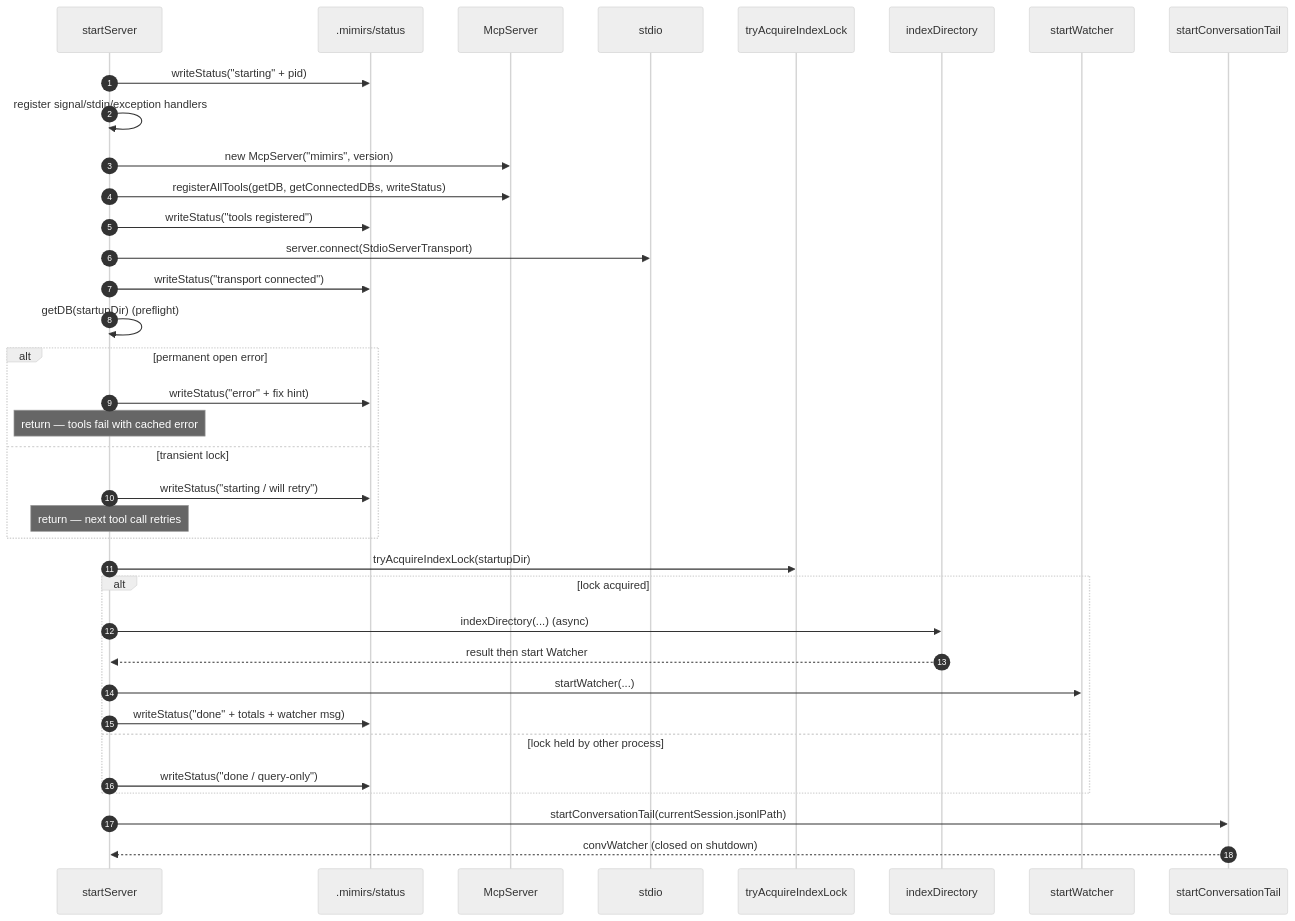
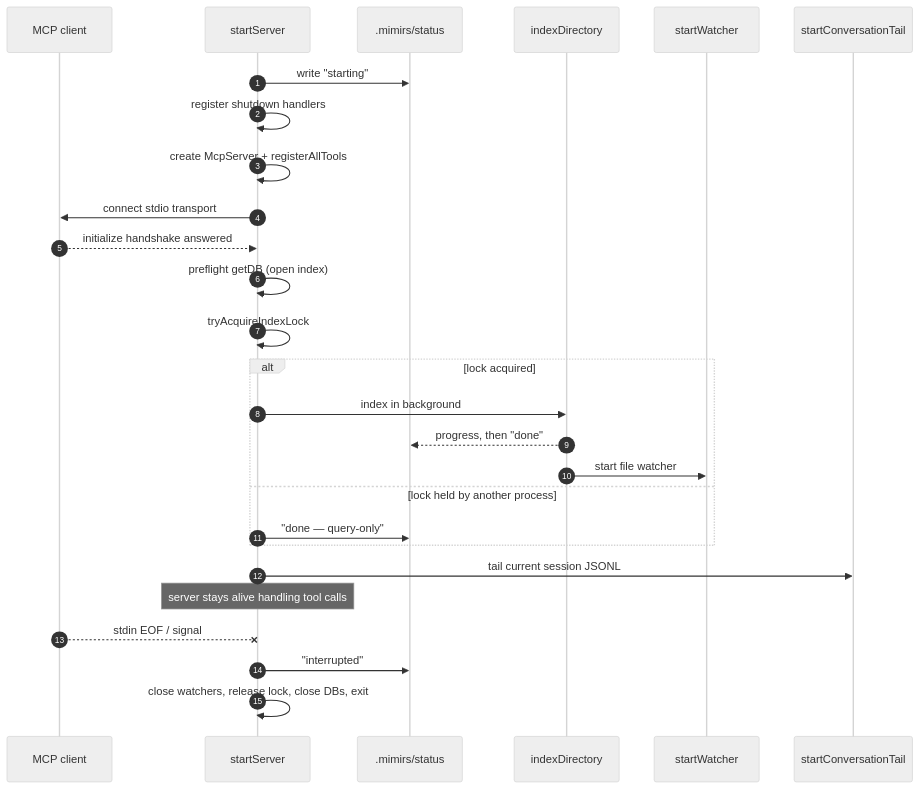
The diagram in wiki/server/start.md (TheWinci/mimirs), drawn with Mermaid (neutral theme) before and after one commit. The commit also changed other lines of this file and 52 other files, not shown here.

````diff
--- a/wiki/server/start.md
+++ b/wiki/server/start.md
@@ -9,38 +11,29 @@
 ```mermaid
 sequenceDiagram
     autonumber
-    participant Boot as startServer
+    participant Client as MCP client
+    participant Srv as startServer
     participant Status as .mimirs/status
-    participant MCP as McpServer
-    participant Transport as stdio
-    participant Lock as tryAcquireIndexLock
-    participant Indexer as indexDirectory
-    participant Watcher as startWatcher
+    participant Idx as indexDirectory
+    participant Wat as startWatcher
     participant Conv as startConversationTail
-    Boot->>Status: writeStatus("starting" + pid)
-    Boot->>Boot: register signal/stdin/exception handlers
-    Boot->>MCP: new McpServer("mimirs", version)
-    Boot->>MCP: registerAllTools(getDB, getConnectedDBs, writeStatus)
-    Boot->>Status: writeStatus("tools registered")
-    Boot->>Transport: server.connect(StdioServerTransport)
-    Boot->>Status: writeStatus("transport connected")
-    Boot->>Boot: getDB(startupDir)  (preflight)
-    alt permanent open error
-        Boot->>Status: writeStatus("error" + fix hint)
-        Note over Boot: return — tools fail with cached error
-    else transient lock
-        Boot->>Status: writeStatus("starting / will retry")
-        Note over Boot: return — next tool call retries
+    Srv->>Status: write "starting"
+    Srv->>Srv: register shutdown handlers
+    Srv->>Srv: create McpServer + registerAllTools
+    Srv->>Client: connect stdio transport
+    Client-->>Srv: initialize handshake answered
+    Srv->>Srv: preflight getDB (open index)
+    Srv->>Srv: tryAcquireIndexLock
+    alt lock acquired
+        Srv->>Idx: index in background
+        Idx-->>Status: progress, then "done"
+        Idx->>Wat: start file watcher
+    else lock held by another process
+        Srv->>Status: "done — query-only"
     end
-    Boot->>Lock: tryAcquireIndexLock(startupDir)
-    alt lock acquired
-        Boot->>Indexer: indexDirectory(...)  (async)
-        Indexer-->>Boot: result then start Watcher
-        Boot->>Watcher: startWatcher(...)
-        Boot->>Status: writeStatus("done" + totals + watcher msg)
-    else lock held by other process
-        Boot->>Status: writeStatus("done / query-only")
-    end
-    Boot->>Conv: startConversationTail(currentSession.jsonlPath)
-    Conv-->>Boot: convWatcher (closed on shutdown)
+    Srv->>Conv: tail current session JSONL
+    Note over Srv: server stays alive handling tool calls
+    Client--xSrv: stdin EOF / signal
+    Srv->>Status: "interrupted"
+    Srv->>Srv: close watchers, release lock, close DBs, exit
 ```
````
